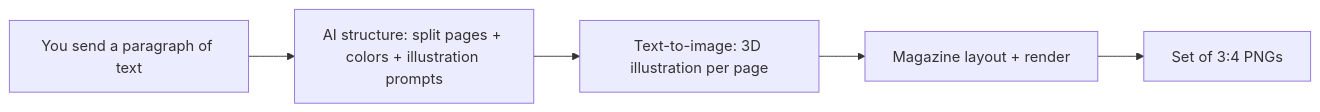
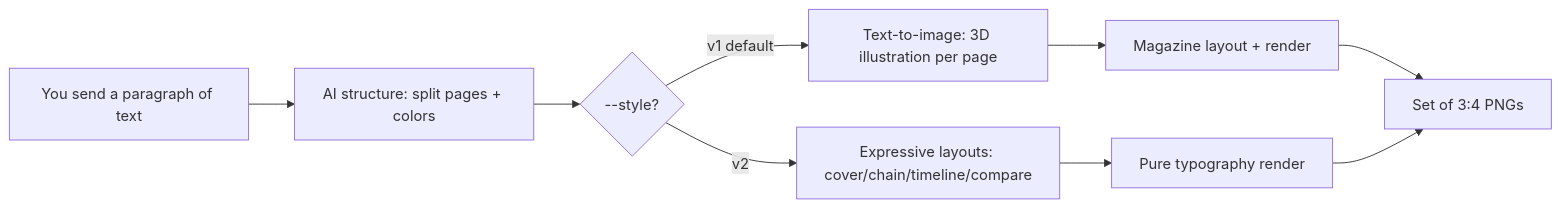
Before and after one commit to Wanqiu12345/screenshot-infographic-skill: the second of 2 diagrams in README_EN.md, drawn with Mermaid. The commit also changed other lines of this file, not shown here.

Commit message:
docs: sync EN README with text-mode v2

````diff
--- a/README_EN.md
+++ b/README_EN.md
@@ -311,7 +321,9 @@
 ```mermaid
 flowchart LR
-    A[You send a paragraph of text] --> B[AI structure: split pages + colors + illustration prompts]
-    B --> C[Text-to-image: 3D illustration per page]
-    C --> D[Magazine layout + render]
-    D --> E[Set of 3:4 PNGs]
+    A[You send a paragraph of text] --> B[AI structure: split pages + colors]
+    B --> C1{--style?}
+    C1 -->|v1 default| D1[Text-to-image: 3D illustration per page] --> E1[Magazine layout + render]
+    C1 -->|v2| D2[Expressive layouts: cover/chain/timeline/compare] --> E2[Pure typography render]
+    E1 --> F[Set of 3:4 PNGs]
+    E2 --> F
 ```
````
